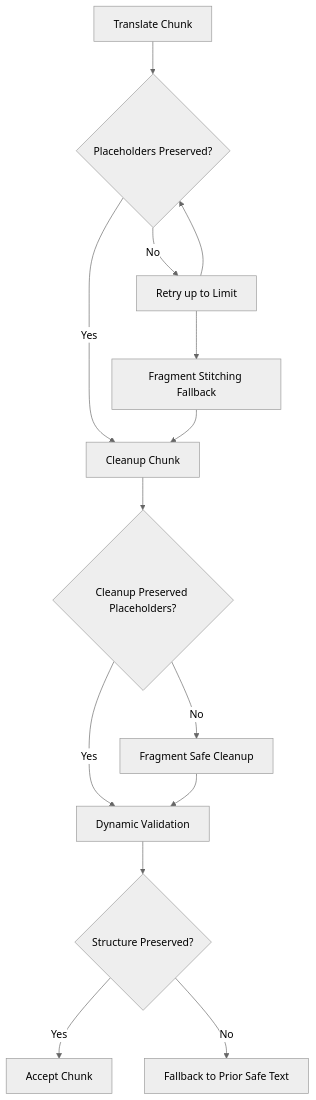
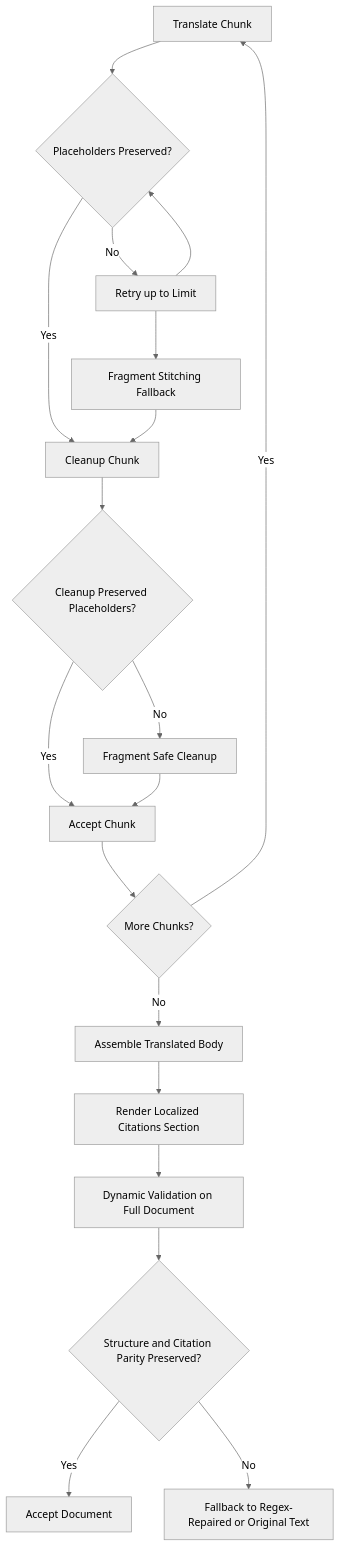
One commit to AaronNHorvitz/Agent-Gatsby changed the second of 2 diagrams in README.md. Above: the diagram before and after it, drawn with Mermaid (neutral theme). The commit also changed other lines of this file, not shown here.

Commit message:
docs: align translation retry flow diagram

````diff
--- a/README.md
+++ b/README.md
@@ -231,16 +232,21 @@
 ```mermaid
 flowchart TD
     A[Translate Chunk] --> B{Placeholders Preserved?}
     B -- Yes --> C[Cleanup Chunk]
     B -- No --> D[Retry up to Limit]
     D --> B
     D --> E[Fragment Stitching Fallback]
     E --> C
     C --> F{Cleanup Preserved Placeholders?}
-    F -- Yes --> G[Dynamic Validation]
+    F -- Yes --> G[Accept Chunk]
     F -- No --> H[Fragment Safe Cleanup]
     H --> G
-    G --> I{Structure Preserved?}
-    I -- Yes --> J[Accept Chunk]
-    I -- No --> K[Fallback to Prior Safe Text]
+    G --> I{More Chunks?}
+    I -- Yes --> A
+    I -- No --> J[Assemble Translated Body]
+    J --> K[Render Localized Citations Section]
+    K --> L[Dynamic Validation on Full Document]
+    L --> M{Structure and Citation Parity Preserved?}
+    M -- Yes --> N[Accept Document]
+    M -- No --> O[Fallback to Regex-Repaired or Original Text]
 ```
````
